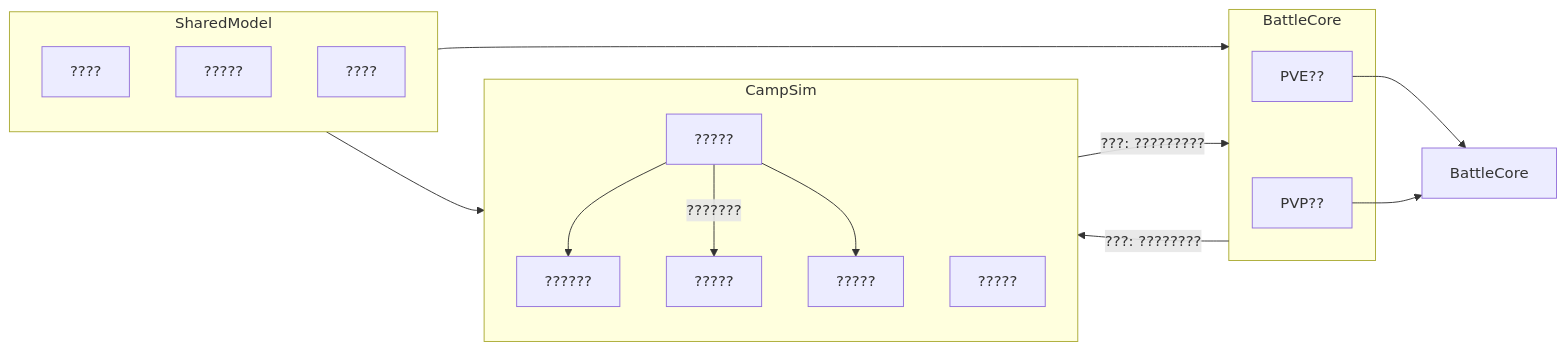
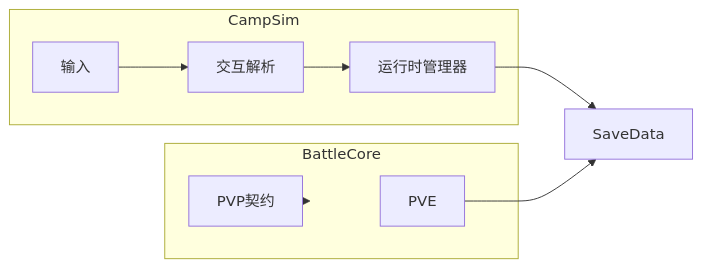
Before and after one commit to NeoYi2023/PetDemo: the diagram in SPEC_GAME.md, drawn with Mermaid. The commit also changed other lines of this file, not shown here.

````diff
--- a/SPEC_GAME.md
+++ b/SPEC_GAME.md
@@ -28,28 +22,18 @@
 ```mermaid
 flowchart LR
   subgraph camp [CampSim]
-    Input[?????]
-    Build[?????]
-    Prod[?????]
-    Inv[?????]
-    HeroMotor[??????]
-    Input --> HeroMotor
-    Input -->|"???????"| Prod
-    Input --> Build
+    input[输入]
+    interaction[交互解析]
+    runtime[运行时管理器]
   end
   subgraph battle [BattleCore]
-    PVE[PVE??]
-    PVP[PVP??]
+    pve[PVE]
+    pvp[PVP契约]
   end
-  subgraph shared [SharedModel]
-    Items[????]
-    Pets[?????]
-    Hero[????]
-  end
-  shared --> camp
-  shared --> battle
-  camp -->|"???: ?????????"| battle
-  battle -->|"???: ????????"| camp
-  PVE --> BattleCore
-  PVP --> BattleCore
+  save[SaveData]
+  input --> interaction
+  interaction --> runtime
+  runtime --> save
+  pve --> save
+  pvp --> battle
 ```
````
